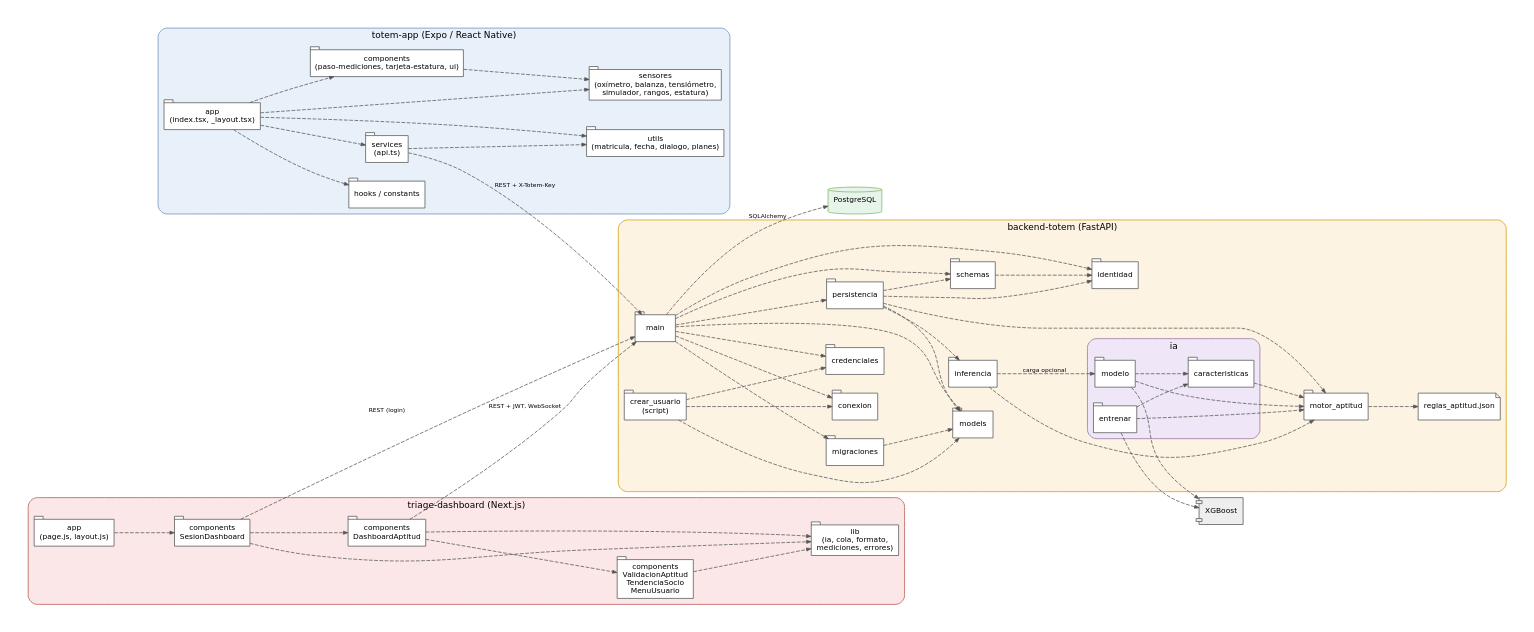
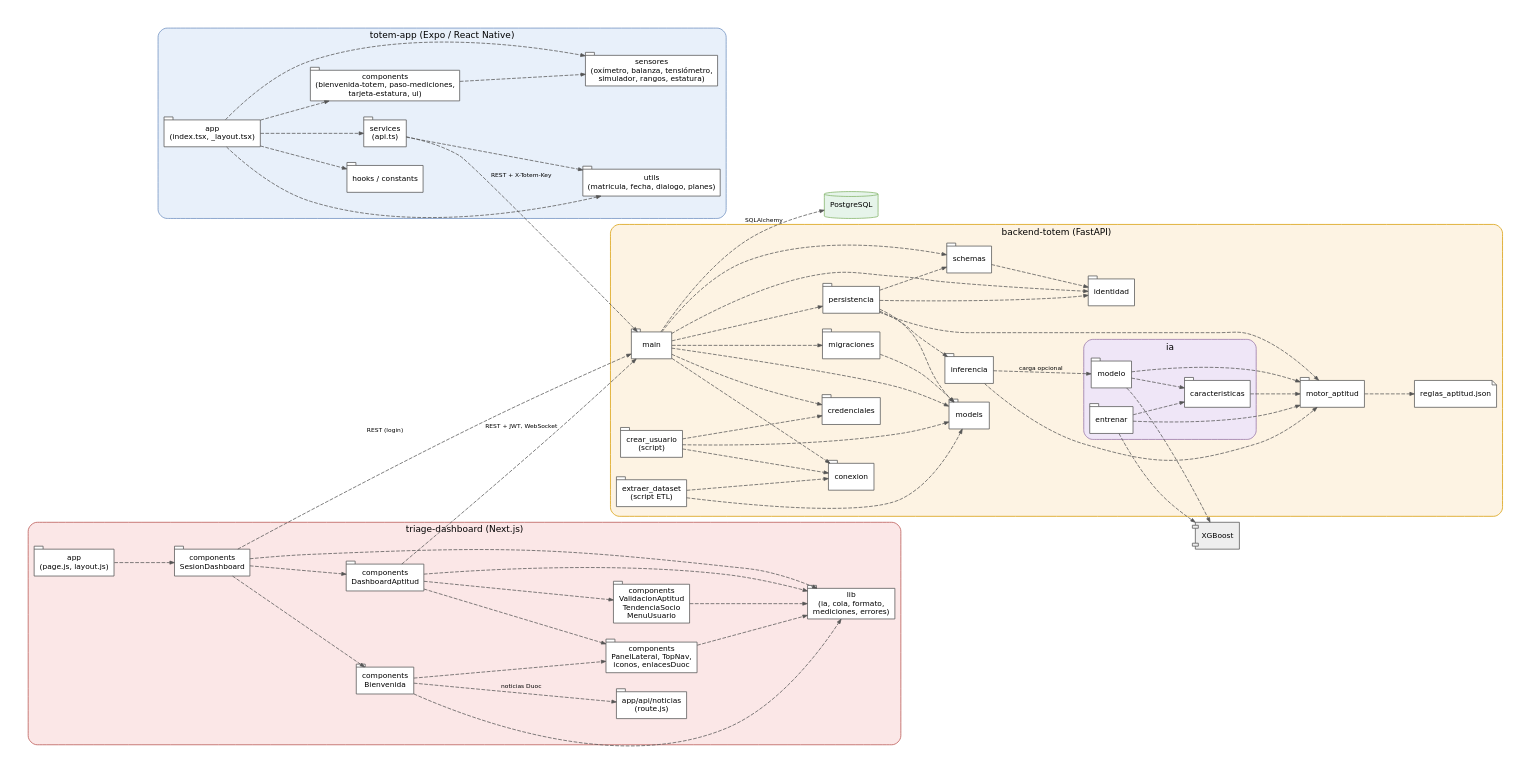
One commit to Sjarac/Proyecto_Totem_Triage changed the diagram in Fase 2/Evidencias Proyecto/Evidencias de documentación/Arquitectura 4+1/4. Vista de desarrollo/Diagrama_Paquetes_Totem_Gimnasio.dot. Above: the diagram before and after it, drawn with Graphviz. The commit also changed 4 other files, not shown here.

```diff
--- a/Fase 2/Evidencias Proyecto/Evidencias de documentación/Arquitectura 4+1/4. Vista de desarrollo/Diagrama_Paquetes_Totem_Gimnasio.dot
+++ b/Fase 2/Evidencias Proyecto/Evidencias de documentación/Arquitectura 4+1/4. Vista de desarrollo/Diagrama_Paquetes_Totem_Gimnasio.dot
@@ -1,82 +1,90 @@
 // Diagrama de paquetes (vista de desarrollo 4+1). Las dependencias del backend salen de los imports reales.
 digraph paquetes {
   rankdir=LR;
   compound=true;
   graph [fontname="DejaVu Sans", fontsize=12, nodesep=0.35, ranksep=0.9, pad=0.3];
   node  [fontname="DejaVu Sans", fontsize=10, shape=tab, style=filled, fillcolor=white, color="#555555"];
   edge  [fontname="DejaVu Sans", fontsize=8, style=dashed, color="#555555", arrowsize=0.6];
 
   subgraph cluster_app {
     label="totem-app (Expo / React Native)"; style="rounded,filled"; fillcolor="#E8F0FA"; color="#6C8EBF";
     a_app   [label="app\n(index.tsx, _layout.tsx)"];
-    a_comp  [label="components\n(paso-mediciones, tarjeta-estatura, ui)"];
+    a_comp  [label="components\n(bienvenida-totem, paso-mediciones,\ntarjeta-estatura, ui)"];
     a_sens  [label="sensores\n(oxímetro, balanza, tensiómetro,\nsimulador, rangos, estatura)"];
     a_srv   [label="services\n(api.ts)"];
     a_utils [label="utils\n(matricula, fecha, dialogo, planes)"];
     a_hooks [label="hooks / constants"];
   }
 
   subgraph cluster_be {
     label="backend-totem (FastAPI)"; style="rounded,filled"; fillcolor="#FDF3E3"; color="#D79B00";
     b_main   [label="main"];
     b_con    [label="conexion"];
     b_cred   [label="credenciales"];
     b_mig    [label="migraciones"];
     b_models [label="models"];
     b_schem  [label="schemas"];
     b_ident  [label="identidad"];
     b_pers   [label="persistencia"];
     b_inf    [label="inferencia"];
     b_motor  [label="motor_aptitud"];
     b_reglas [label="reglas_aptitud.json", shape=note];
     b_crear  [label="crear_usuario\n(script)"];
+    b_etl    [label="extraer_dataset\n(script ETL)"];
     subgraph cluster_ia {
       label="ia"; style="rounded,filled"; fillcolor="#EFE6F7"; color="#9673A6";
       i_mod [label="modelo"];
       i_car [label="caracteristicas"];
       i_ent [label="entrenar"];
     }
   }
 
   subgraph cluster_dash {
     label="triage-dashboard (Next.js)"; style="rounded,filled"; fillcolor="#FBE7E7"; color="#B85450";
     d_app  [label="app\n(page.js, layout.js)"];
+    d_api  [label="app/api/noticias\n(route.js)"];
     d_ses  [label="components\nSesionDashboard"];
+    d_bien [label="components\nBienvenida"];
     d_dash [label="components\nDashboardAptitud"];
+    d_ui   [label="components\nPanelLateral, TopNav,\niconos, enlacesDuoc"];
     d_sub  [label="components\nValidacionAptitud\nTendenciaSocio\nMenuUsuario"];
     d_lib  [label="lib\n(ia, cola, formato,\nmediciones, errores)"];
   }
 
   pg  [label="PostgreSQL", shape=cylinder, fillcolor="#E6F4EA", color="#82B366"];
   xgb [label="XGBoost", shape=component, fillcolor="#EEEEEE"];
 
   // totem-app
   a_app -> {a_comp a_sens a_srv a_utils a_hooks};
   a_comp -> a_sens;
   a_srv -> a_utils;
 
   // backend-totem
   b_main -> {b_con b_cred b_mig b_models b_pers b_ident b_schem};
   b_mig -> b_models;
   b_schem -> b_ident;
   b_pers -> {b_models b_ident b_inf b_motor b_schem};
   b_inf -> b_motor;
   b_inf -> i_mod [label="carga opcional"];
   b_motor -> b_reglas;
   i_mod -> {i_car b_motor xgb};
   i_car -> b_motor;
   i_ent -> {i_car b_motor xgb};
   b_crear -> {b_con b_cred b_models};
+  b_etl -> {b_con b_models};
 
   // triage-dashboard
   d_app -> d_ses;
-  d_ses -> {d_dash d_lib};
-  d_dash -> {d_sub d_lib};
+  d_ses -> {d_bien d_dash d_lib};
+  d_bien -> {d_ui d_lib};
+  d_bien -> d_api [label="noticias Duoc"];
+  d_dash -> {d_sub d_ui d_lib};
+  d_ui -> d_lib;
   d_sub -> d_lib;
 
   // entre proyectos
   a_srv -> b_main [label="REST + X-Totem-Key"];
   d_ses -> b_main [label="REST (login)"];
   d_dash -> b_main [label="REST + JWT, WebSocket"];
   b_main -> pg [label="SQLAlchemy"];
 }
```
